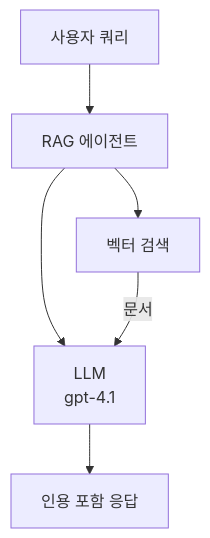
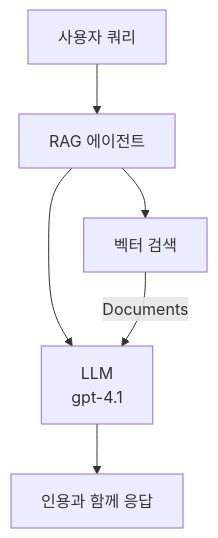
Before and after one commit to microsoft/AZD-for-beginners: the second of 3 diagrams in translations/ko/docs/chapter-02-ai-development/agents.md, drawn with Mermaid. The commit also changed other lines of this file and 60 other files, not shown here.

````diff
--- a/translations/ko/docs/chapter-02-ai-development/agents.md
+++ b/translations/ko/docs/chapter-02-ai-development/agents.md
@@ -181,8 +181,8 @@
 ```mermaid
 graph TD
     Query[사용자 쿼리] --> RAG[RAG 에이전트]
     RAG --> Vector[벡터 검색]
     RAG --> LLM[LLM<br/>gpt-4.1]
-    Vector -- 문서 --> LLM
-    LLM --> Response[인용 포함 응답]
+    Vector -- Documents --> LLM
+    LLM --> Response[인용과 함께 응답]
 ```
````
